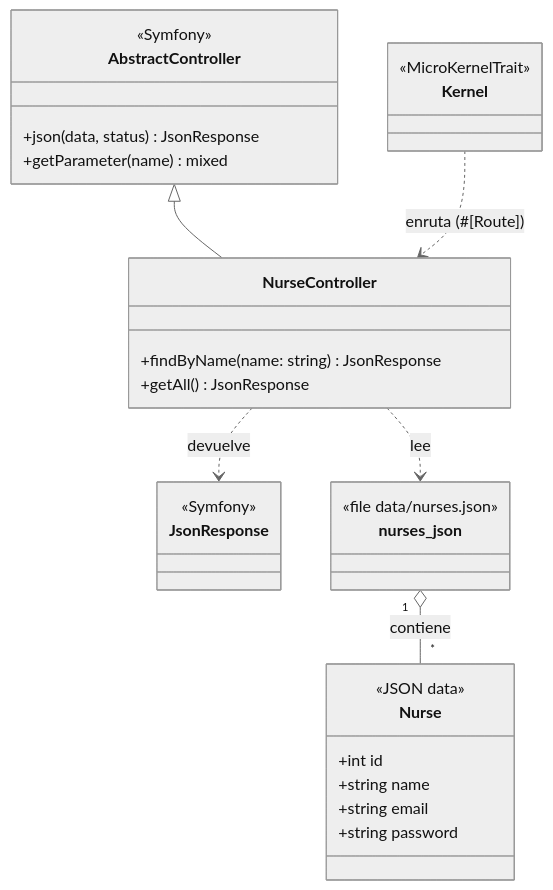
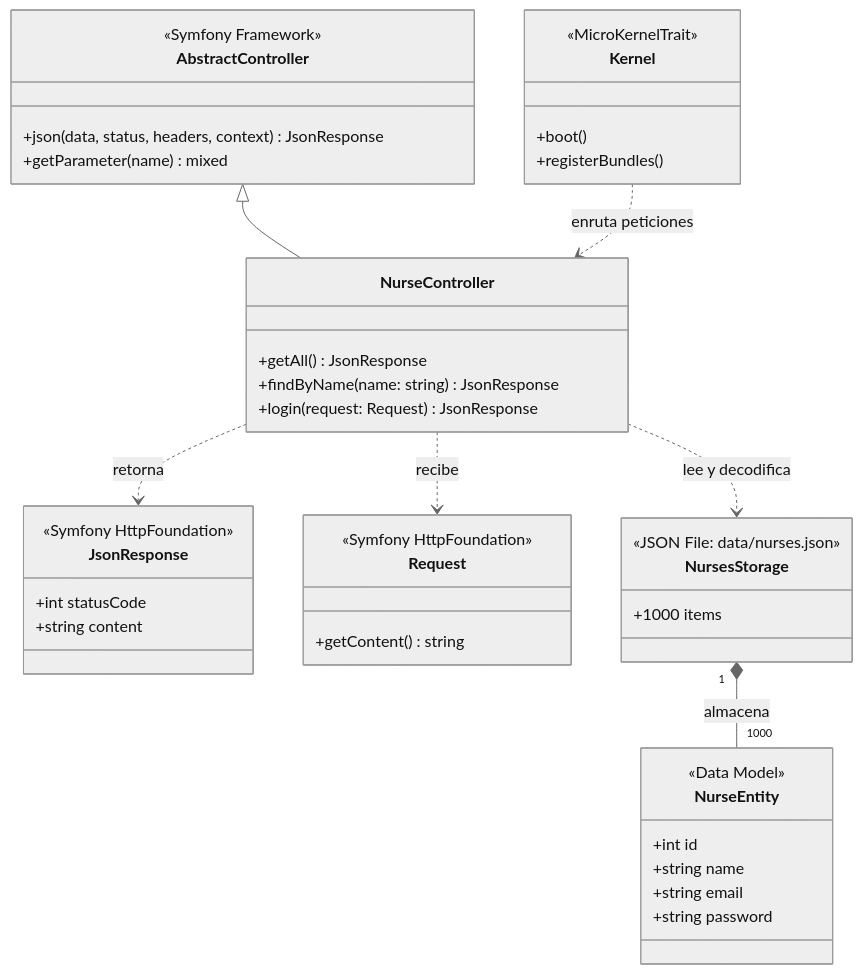
Before and after one commit to Ignaciobrenas/Nurse-Simulator: the second of 7 diagrams in README.md, drawn with Mermaid (neutral theme). The commit also changed other lines of this file and 2 other files, not shown here.

````diff
--- a/README.md
+++ b/README.md
@@ -50,34 +78,52 @@
 ```mermaid
 classDiagram
+    direction TB
     class Kernel {
         <<MicroKernelTrait>>
+        +boot()
+        +registerBundles()
     }
+
     class AbstractController {
-        <<Symfony>>
-        +json(data, status) JsonResponse
+        <<Symfony Framework>>
+        +json(data, status, headers, context) JsonResponse
         +getParameter(name) mixed
     }
+
     class NurseController {
+        +getAll() JsonResponse
         +findByName(name: string) JsonResponse
-        +getAll() JsonResponse
+        +login(request: Request) JsonResponse
     }
+
     class JsonResponse {
-        <<Symfony>>
+        <<Symfony HttpFoundation>>
+        +int statusCode
+        +string content
     }
-    class Nurse {
-        <<JSON data>>
+
+    class Request {
+        <<Symfony HttpFoundation>>
+        +getContent() string
+    }
+
+    class NurseEntity {
+        <<Data Model>>
         +int id
         +string name
         +string email
         +string password
     }
-    class nurses_json {
-        <<file data/nurses.json>>
+
+    class NursesStorage {
+        <<JSON File: data/nurses.json>>
+        +1000 items
     }
 
     AbstractController <|-- NurseController
-    NurseController ..> JsonResponse : devuelve
-    NurseController ..> nurses_json : lee
-    nurses_json "1" o-- "*" Nurse : contiene
-    Kernel ..> NurseController : enruta (#[Route])
+    NurseController ..> Request : recibe
+    NurseController ..> JsonResponse : retorna
+    NurseController ..> NursesStorage : lee y decodifica
+    NursesStorage "1" *-- "1000" NurseEntity : almacena
+    Kernel ..> NurseController : enruta peticiones
 ```
````
